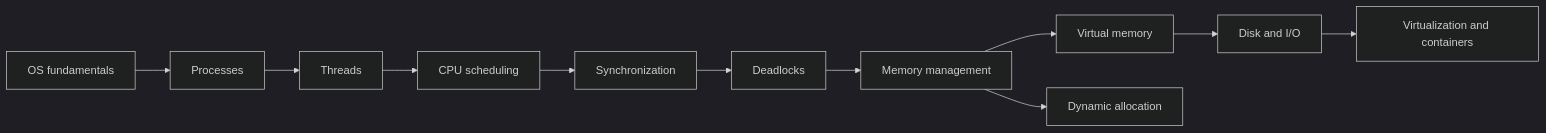
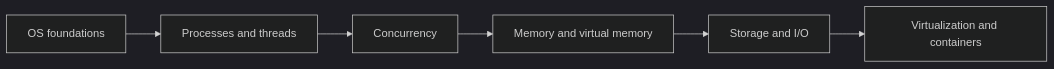
One commit to rashid-mamun/tech-interview-hub changed the diagram in docs/operating systems/index.md. Above: the diagram before and after it, drawn with Mermaid (dark theme). The commit also changed other lines of this file and 43 other files, not shown here.

````diff
--- a/docs/operating systems/index.md
+++ b/docs/operating systems/index.md
@@ -10,8 +10,6 @@
 ```mermaid
 flowchart LR
-    F[OS fundamentals] --> P[Processes] --> T[Threads]
-    T --> C[CPU scheduling] --> S[Synchronization] --> D[Deadlocks]
-    D --> M[Memory management] --> V[Virtual memory]
-    V --> IO[Disk and I/O] --> VC[Virtualization and containers]
-    M --> A[Dynamic allocation]
+    O[OS foundations] --> P[Processes and threads] --> C[Concurrency]
+    C --> M[Memory and virtual memory] --> I[Storage and I/O]
+    I --> V[Virtualization and containers]
 ```
````
